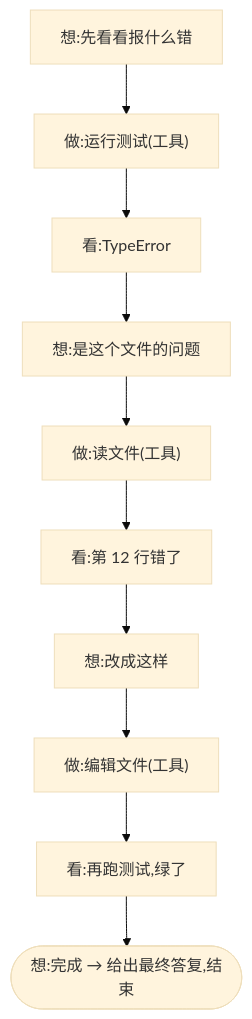
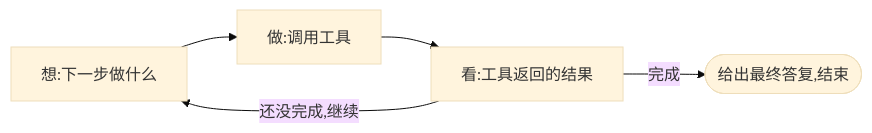
One commit to Deguang/agent-course changed the diagram in chapters/00/README.md. Above: the diagram before and after it, drawn with Mermaid (base theme). The commit also changed 1 other file, not shown here.

Commit message:
fix(site): ch00 流程图改为循环(体现 loop 回环)+ mermaid 加载占位
- ch00「想→做→看」改成带回环边的循环图(看→想 loop-back / 看→完成),体现 agent loop 会转圈
- mermaid 渲染前:藏源码文字 + 预留高度 + "绘制流程图…" 占位,不闪源码、不跳动

````diff
--- a/chapters/00/README.md
+++ b/chapters/00/README.md
@@ -68,7 +68,7 @@
 ```mermaid
-flowchart TD
-  A["想:先看看报什么错"] --> B["做:运行测试(工具)"] --> C["看:TypeError"]
-  C --> D["想:是这个文件的问题"] --> E["做:读文件(工具)"] --> F["看:第 12 行错了"]
-  F --> G["想:改成这样"] --> H["做:编辑文件(工具)"] --> I["看:再跑测试,绿了"]
-  I --> J(["想:完成 → 给出最终答复,结束"])
+flowchart LR
+  T["想:下一步做什么"] --> A["做:调用工具"]
+  A --> O["看:工具返回的结果"]
+  O -->|还没完成,继续| T
+  O -->|完成| D(["给出最终答复,结束"])
 ```
````
